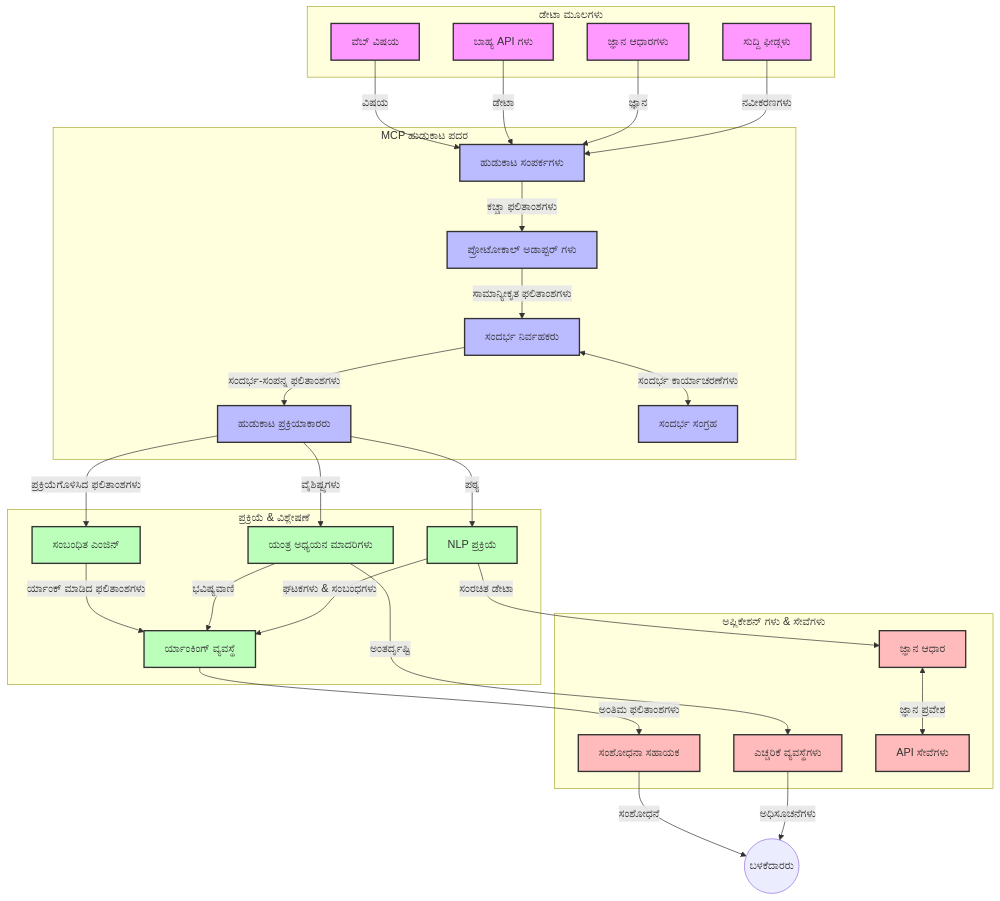
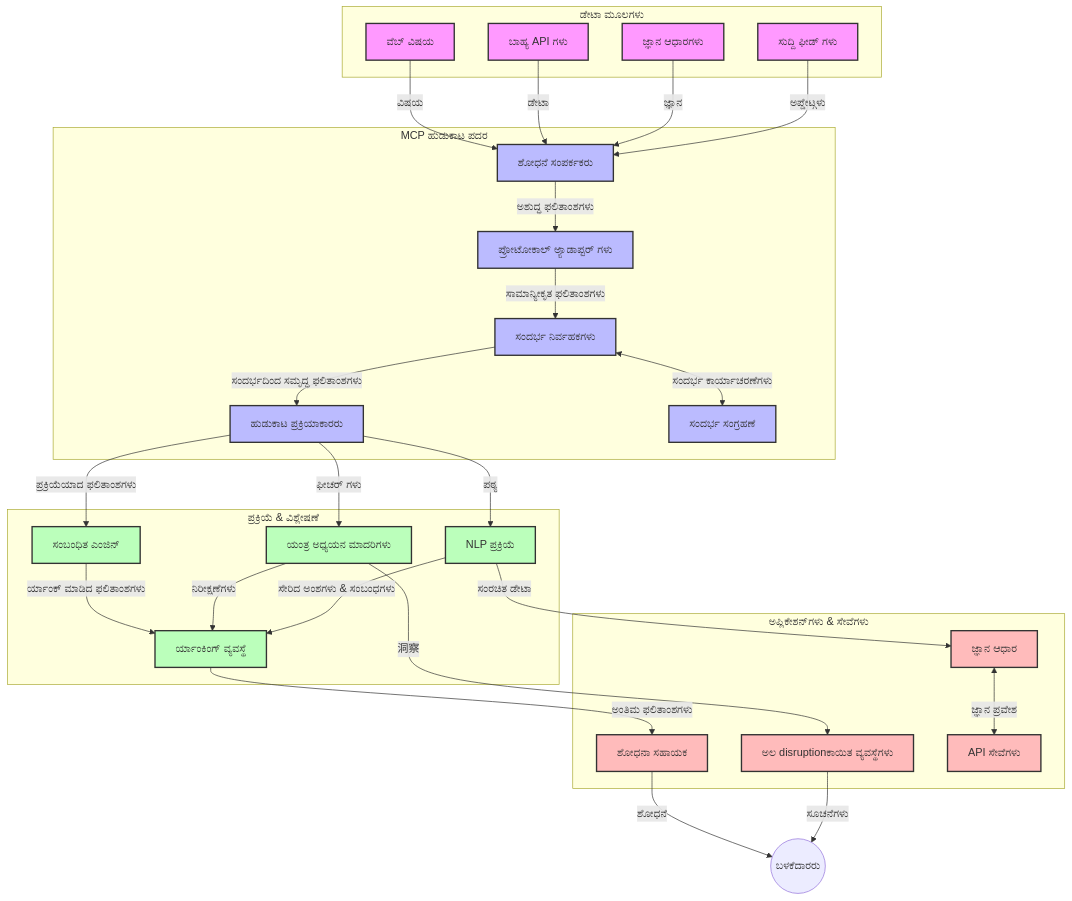
One commit to HIDORAKAI002/ai-workspace-archive changed the first of 4 diagrams in mcp_ecosystem__model_context_protocol/mcp_learning_resources/mcp-for-beginners/translations/kn/05-AdvancedTopics/mcp-realtimesearch/README.md. Above: the diagram before and after it, drawn with Mermaid. The commit also changed other lines of this file and 1539 other files, not shown here.

````diff
--- a/mcp_ecosystem__model_context_protocol/mcp_learning_resources/mcp-for-beginners/translations/kn/05-AdvancedTopics/mcp-realtimesearch/README.md
+++ b/mcp_ecosystem__model_context_protocol/mcp_learning_resources/mcp-for-beginners/translations/kn/05-AdvancedTopics/mcp-realtimesearch/README.md
@@ -109,66 +109,66 @@
 ```mermaid
 graph TD
     subgraph "ಡೇಟಾ ಮೂಲಗಳು"
         Web[ವೆಬ್ ವಿಷಯ]
         APIs[ಬಾಹ್ಯ API ಗಳು]
         DB[ಜ್ಞಾನ ಆಧಾರಗಳು]
-        News[ಸುದ್ದಿ ಫೀಡ್ಗಳು]
+        News[ಸುದ್ದಿ ಫೀಡ್ ಗಳು]
     end
 
     subgraph "MCP ಹುಡುಕಾಟ ಪದರ"
-        SC[ಹುಡುಕಾಟ ಸಂಪರ್ಕಗಳು]
-        PA[ಪ್ರೋಟೋಕಾಲ್ ಅಡಾಪ್ಟರ್ ಗಳು]
-        CH[ಸಂದರ್ಭ ನಿರ್ವಹಕರು]
+        SC[ಶೋಧನೆ ಸಂಪರ್ಕಕರು]
+        PA[ಪ್ರೋಟೋಕಾಲ್ ಅ್ಯಾಡಾಪ್ಟರ್ ಗಳು]
+        CH[ಸಂದರ್ಭ ನಿರ್ವಹಕಗಳು]
         SP[ಹುಡುಕಾಟ ಪ್ರಕ್ರಿಯಾಕಾರರು]
-        CS[ಸಂದರ್ಭ ಸಂಗ್ರಹ]
+        CS[ಸಂದರ್ಭ ಸಂಗ್ರಹಣೆ]
     end
 
     subgraph "ಪ್ರಕ್ರಿಯೆ & ವಿಶ್ಲೇಷಣೆ"
         RE[ಸಂಬಂಧಿತ ಎಂಜಿನ್]
         ML[ಯಂತ್ರ ಅಧ್ಯಯನ ಮಾದರಿಗಳು]
         NLP[NLP ಪ್ರಕ್ರಿಯೆ]
         Rank[ರ್ಯಾಂಕಿಂಗ್ ವ್ಯವಸ್ಥೆ]
     end
 
-    subgraph "ಅಪ್ಲಿಕೇಶನ್ ಗಳು & ಸೇವೆಗಳು"
-        RA[ಸಂಶೋಧನಾ ಸಹಾಯಕ]
-        Alerts[ಎಚ್ಚರಿಕೆ ವ್ಯವಸ್ಥೆಗಳು]
+    subgraph "ಅಪ್ಲಿಕೇಶನ್‌ಗಳು & ಸೇವೆಗಳು"
+        RA[ಶೋಧನಾ ಸಹಾಯಕ]
+        Alerts[ಅಲ disruptionಕಾಯಿತ ವ್ಯವಸ್ಥೆಗಳು]
         KB[ಜ್ಞಾನ ಆಧಾರ]
         API[API ಸೇವೆಗಳು]
     end
 
     Web -->|ವಿಷಯ| SC
     APIs -->|ಡೇಟಾ| SC
     DB -->|ಜ್ಞಾನ| SC
-    News -->|ನವೀಕರಣಗಳು| SC
+    News -->|ಅಪ್ಡೇಟ್ಗಳು| SC
     
-    SC -->|ಕಚ್ಚಾ ಫಲಿತಾಂಶಗಳು| PA
+    SC -->|ಅಶುದ್ಧ ಫಲಿತಾಂಶಗಳು| PA
     PA -->|ಸಾಮಾನ್ಯೀಕೃತ ಫಲಿತಾಂಶಗಳು| CH
     CH <-->|ಸಂದರ್ಭ ಕಾರ್ಯಾಚರಣೆಗಳು| CS
-    CH -->|ಸಂದರ್ಭ-ಸಂಪನ್ನ ಫಲಿತಾಂಶಗಳು| SP
-    SP -->|ಪ್ರಕ್ರಿಯೆಗೊಳಿಸಿದ ಫಲಿತಾಂಶಗಳು| RE
-    SP -->|ವೈಶಿಷ್ಟ್ಯಗಳು| ML
+    CH -->|ಸಂದರ್ಭದಿಂದ ಸಮೃದ್ಧ ಫಲಿತಾಂಶಗಳು| SP
+    SP -->|ಪ್ರಕ್ರಿಯೆಯಾದ ಫಲಿತಾಂಶಗಳು| RE
+    SP -->|ಫೀಚರ್ ಗಳು| ML
     SP -->|ಪಠ್ಯ| NLP
     
     RE -->|ರ್ಯಾಂಕ್ ಮಾಡಿದ ಫಲಿತಾಂಶಗಳು| Rank
-    ML -->|ಭವಿಷ್ಯವಾಣಿ| Rank
-    NLP -->|ಘಟಕಗಳು & ಸಂಬಂಧಗಳು| Rank
+    ML -->|ನಿರೀಕ್ಷಣೆಗಳು| Rank
+    NLP -->|ಸೇರಿದ ಅಂಶಗಳು & ಸಂಬಂಧಗಳು| Rank
     
     Rank -->|ಅಂತಿಮ ಫಲಿತಾಂಶಗಳು| RA
-    ML -->|ಅಂತರ್ದೃಷ್ಟಿ| Alerts
+    ML -->|洞察| Alerts
     NLP -->|ಸಂರಚಿತ ಡೇಟಾ| KB
     
-    RA -->|ಸಂಶೋಧನೆ| Users((ಬಳಕೆದಾರರು))
-    Alerts -->|ಅಧಿಸೂಚನೆಗಳು| Users
+    RA -->|ಶೋಧನೆ| Users((ಬಳಕೆದಾರರು))
+    Alerts -->|ಸೂಚನೆಗಳು| Users
     KB <-->|ಜ್ಞಾನ ಪ್ರವೇಶ| API
     
     classDef sources fill:#f9f,stroke:#333,stroke-width:2px
     classDef mcp fill:#bbf,stroke:#333,stroke-width:2px
     classDef processing fill:#bfb,stroke:#333,stroke-width:2px
     classDef apps fill:#fbb,stroke:#333,stroke-width:2px
     
     class Web,APIs,DB,News sources
     class SC,PA,CH,SP,CS mcp
     class RE,ML,NLP,Rank processing
     class RA,Alerts,KB,API apps
 ```
````
